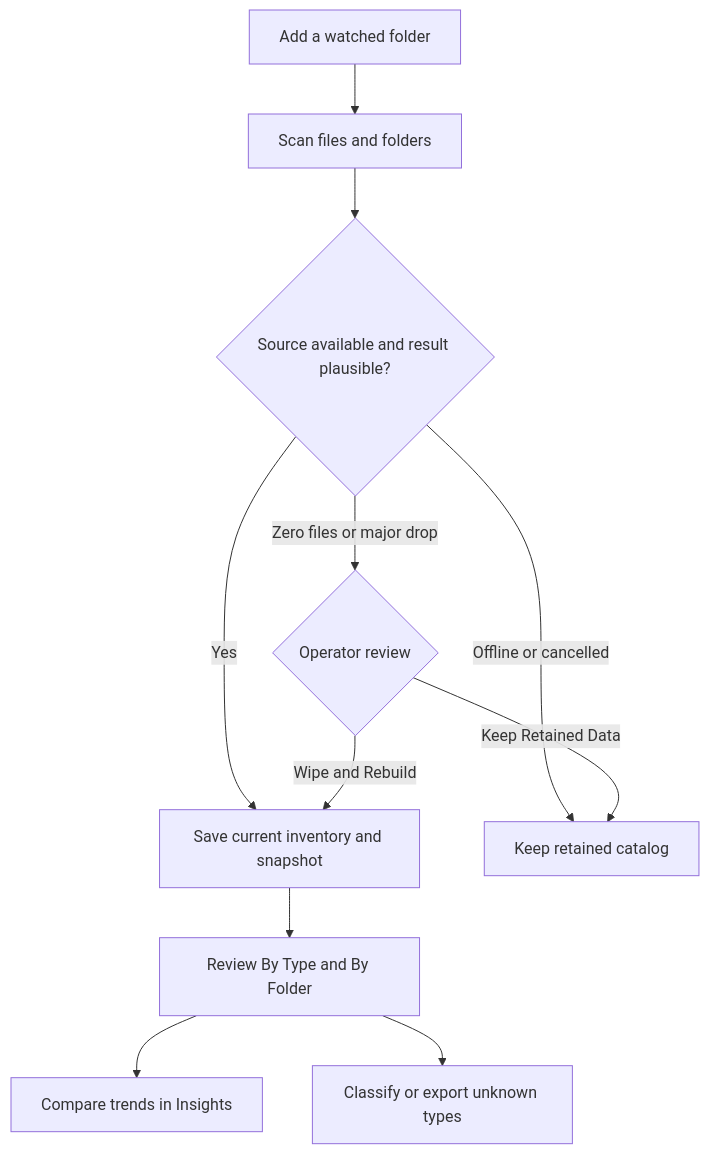
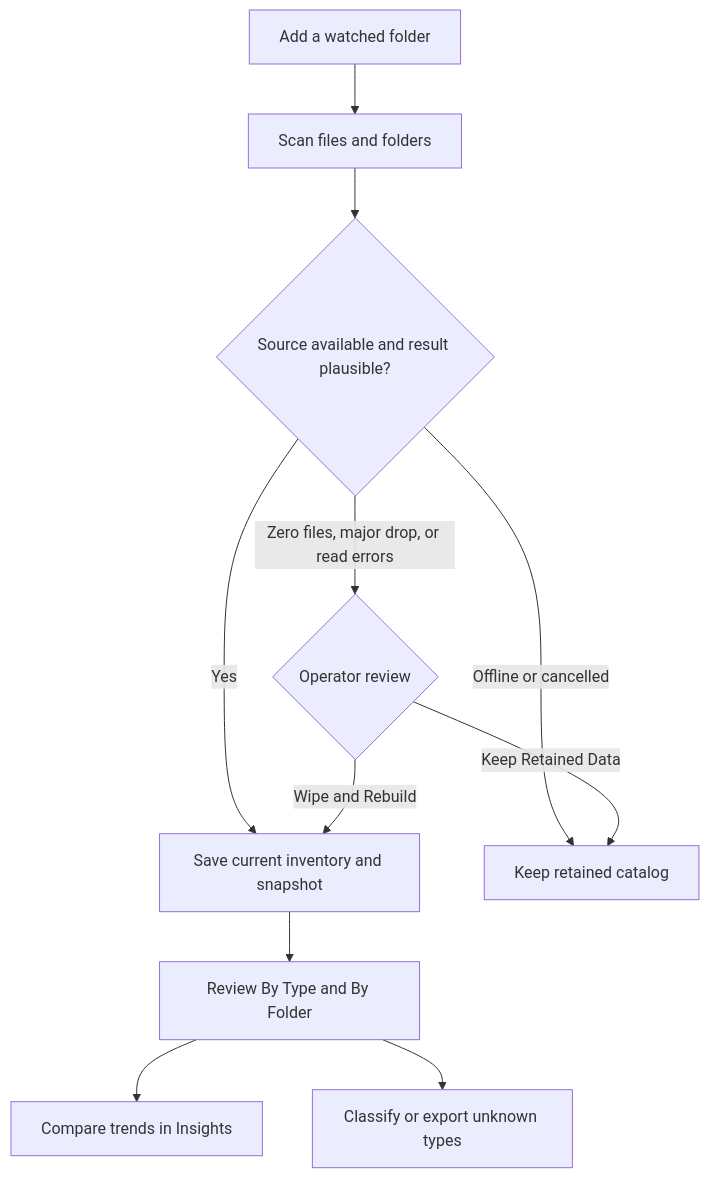
Before and after one commit to macvfx/Find-File-Type: the diagram in WORKFLOW_GUIDE.md, drawn with Mermaid. The commit also changed other lines of this file and 4 other files, not shown here.

````diff
--- a/WORKFLOW_GUIDE.md
+++ b/WORKFLOW_GUIDE.md
@@ -8,13 +8,13 @@
 ```mermaid
 flowchart TD
     A["Add a watched folder"] --> B["Scan files and folders"]
     B --> C{"Source available and result plausible?"}
     C -->|"Yes"| D["Save current inventory and snapshot"]
     C -->|"Offline or cancelled"| E["Keep retained catalog"]
-    C -->|"Zero files or major drop"| F{"Operator review"}
+    C -->|"Zero files, major drop, or read errors"| F{"Operator review"}
     F -->|"Keep Retained Data"| E
     F -->|"Wipe and Rebuild"| D
     D --> G["Review By Type and By Folder"]
     G --> H["Compare trends in Insights"]
     G --> I["Classify or export unknown types"]
 ```
````
